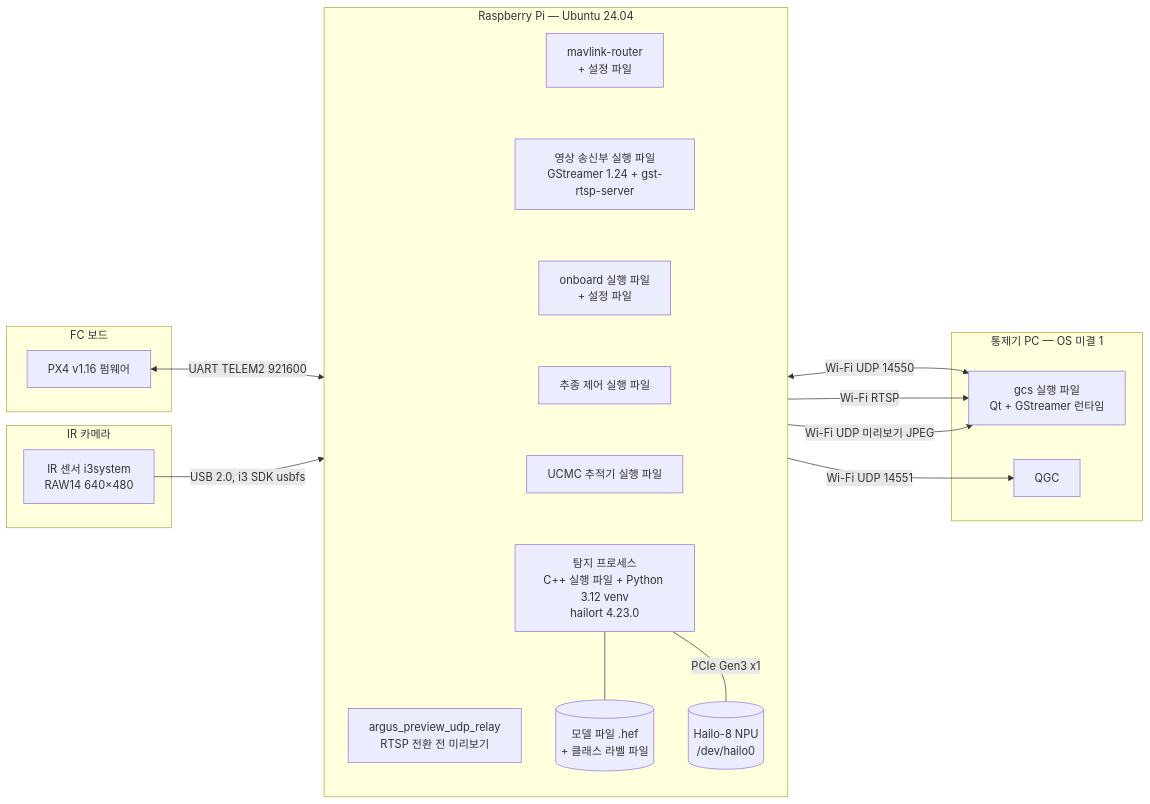
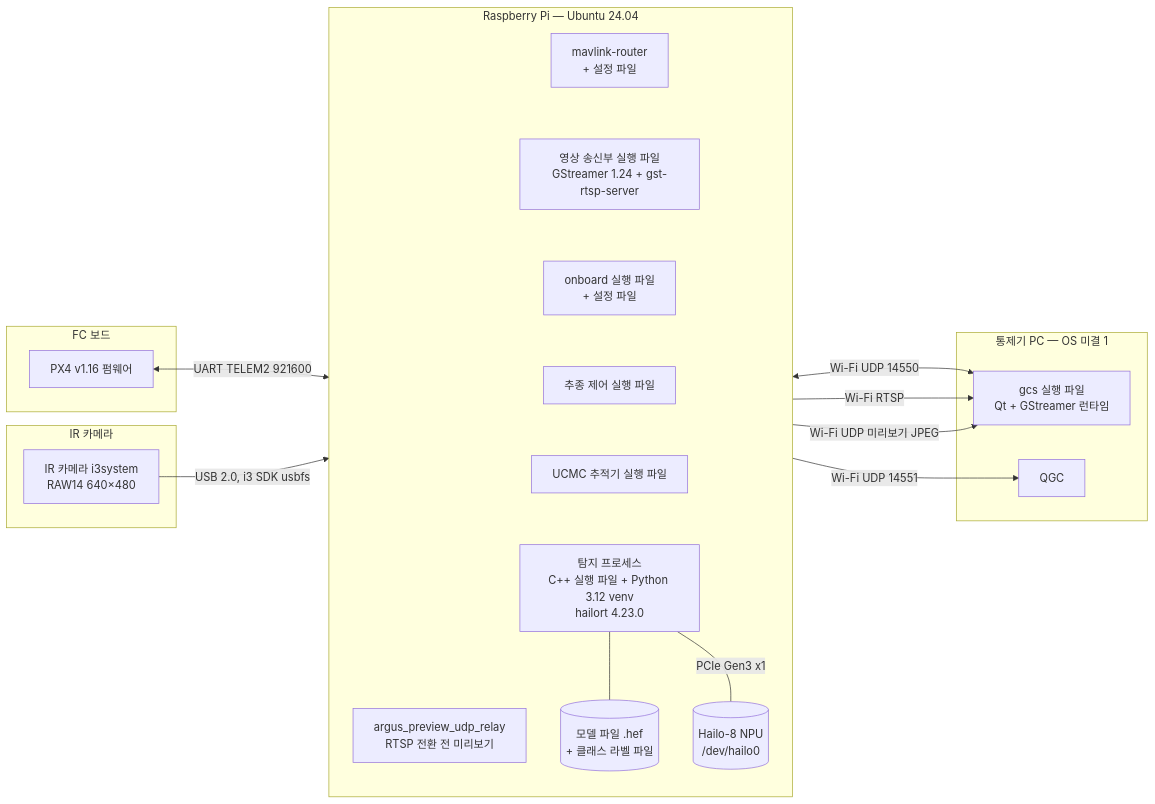
One commit to lig-argus/argus-edge-vision changed the diagram in docs/design/uml/deployment.md. Above: the diagram before and after it, drawn with Mermaid. The commit also changed other lines of this file, not shown here.

````diff
--- a/docs/design/uml/deployment.md
+++ b/docs/design/uml/deployment.md
@@ -9,34 +9,34 @@
 ```mermaid
 flowchart LR
     subgraph fc_node [FC 보드]
         px4[PX4 v1.16 펌웨어]
     end
     subgraph cam_node [IR 카메라]
-        ir[IR 센서 i3system<br/>RAW14 640×480]
+        ir[IR 카메라 i3system<br/>RAW14 640×480]
     end
     subgraph rpi_node [Raspberry Pi — Ubuntu 24.04]
         direction TB
         router[mavlink-router<br/>+ 설정 파일]
         vtx[영상 송신부 실행 파일<br/>GStreamer 1.24 + gst-rtsp-server]
         onboard[onboard 실행 파일<br/>+ 설정 파일]
         follow[추종 제어 실행 파일]
         tracker[UCMC 추적기 실행 파일]
         vision[탐지 프로세스<br/>C++ 실행 파일 + Python 3.12 venv<br/>hailort 4.23.0]
         relay[argus_preview_udp_relay<br/>RTSP 전환 전 미리보기]
         model[(모델 파일 .hef<br/>+ 클래스 라벨 파일)]
         npu[(Hailo-8 NPU<br/>/dev/hailo0)]
         router ~~~ vtx ~~~ onboard ~~~ follow ~~~ tracker ~~~ vision ~~~ relay
     end
     subgraph gcs_node [통제기 PC — OS 미결 1]
         gcs[gcs 실행 파일<br/>Qt + GStreamer 런타임]
         qgc[QGC]
     end
     px4 <-->|UART TELEM2 921600| router
     router <-->|Wi-Fi UDP 14550| gcs
     router -->|Wi-Fi UDP 14551| qgc
     vtx -->|Wi-Fi RTSP| gcs
     ir -->|USB 2.0, i3 SDK usbfs| vision
     vision --- model
     vision ---|PCIe Gen3 x1| npu
     relay -->|Wi-Fi UDP 미리보기 JPEG| gcs
 ```
````
